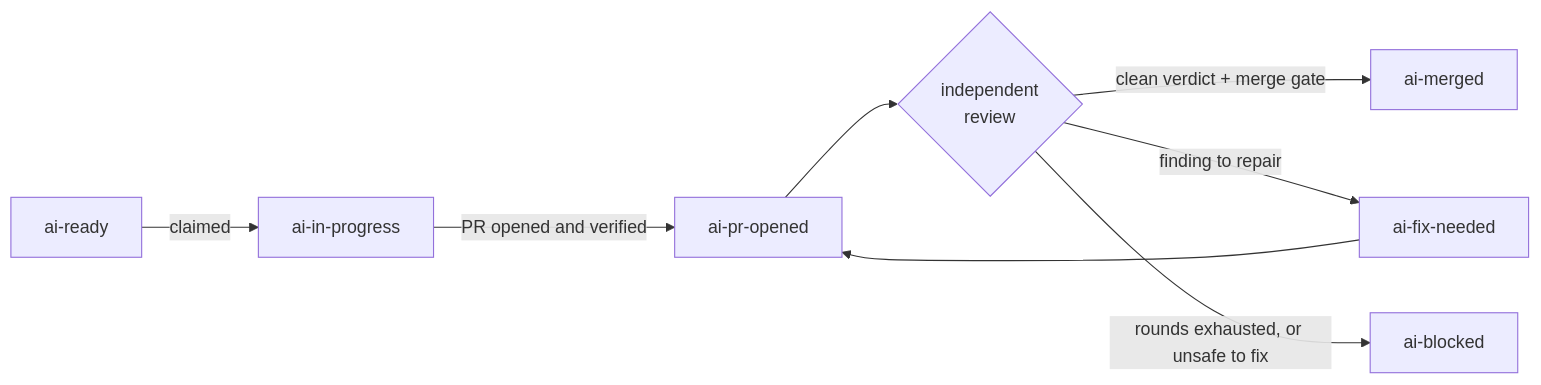
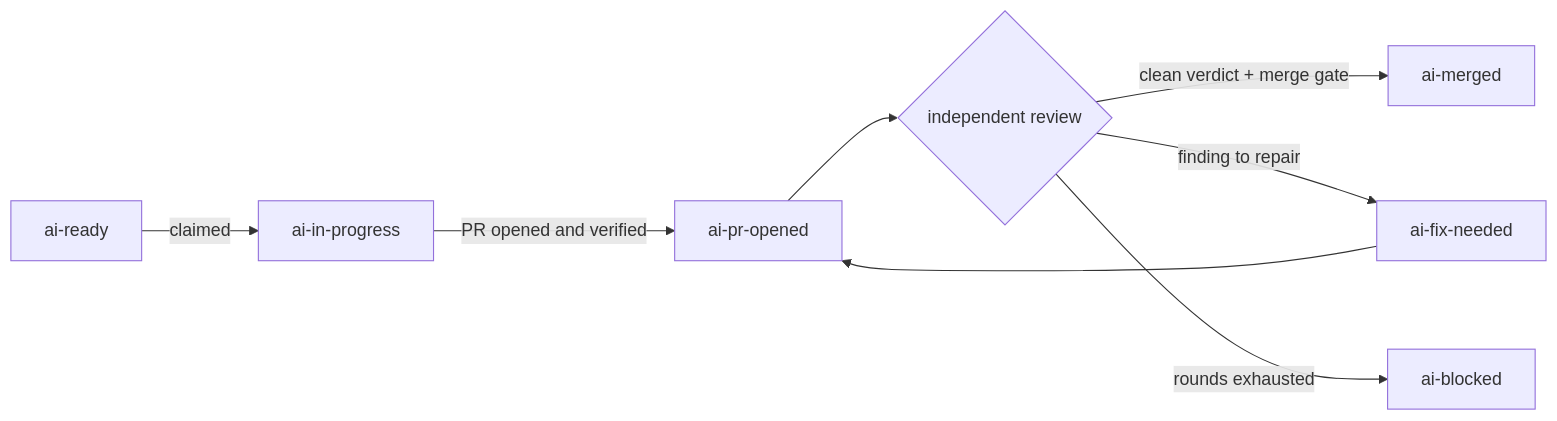
One commit to orbi-build/orbi-cloud-docs changed the diagram in delivery-lifecycle.mdx. Above: the diagram before and after it, drawn with Mermaid. The commit also changed other lines of this file and 33 other files, not shown here.

````diff
--- a/delivery-lifecycle.mdx
+++ b/delivery-lifecycle.mdx
@@ -14,10 +13,10 @@
 ```mermaid
 flowchart LR
   ready["ai-ready"] -->|claimed| progress["ai-in-progress"]
   progress -->|PR opened and verified| opened["ai-pr-opened"]
-  opened --> review{"independent<br/>review"}
+  opened --> review{"independent review"}
   review -->|clean verdict + merge gate| merged["ai-merged"]
   review -->|finding to repair| fix["ai-fix-needed"]
   fix --> opened
-  review -->|rounds exhausted, or unsafe to fix| blocked["ai-blocked"]
+  review -->|rounds exhausted| blocked["ai-blocked"]
 ```
````
